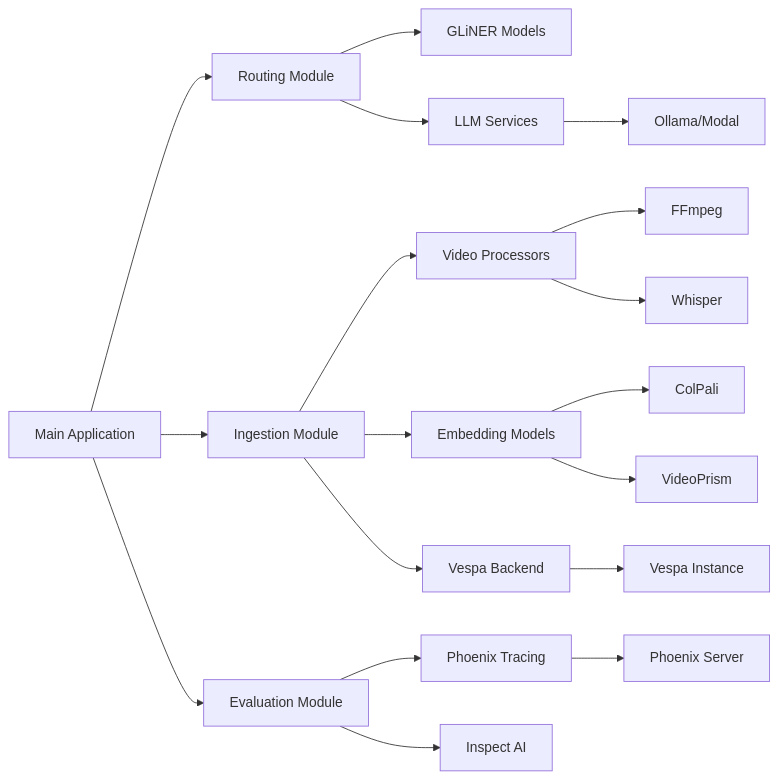
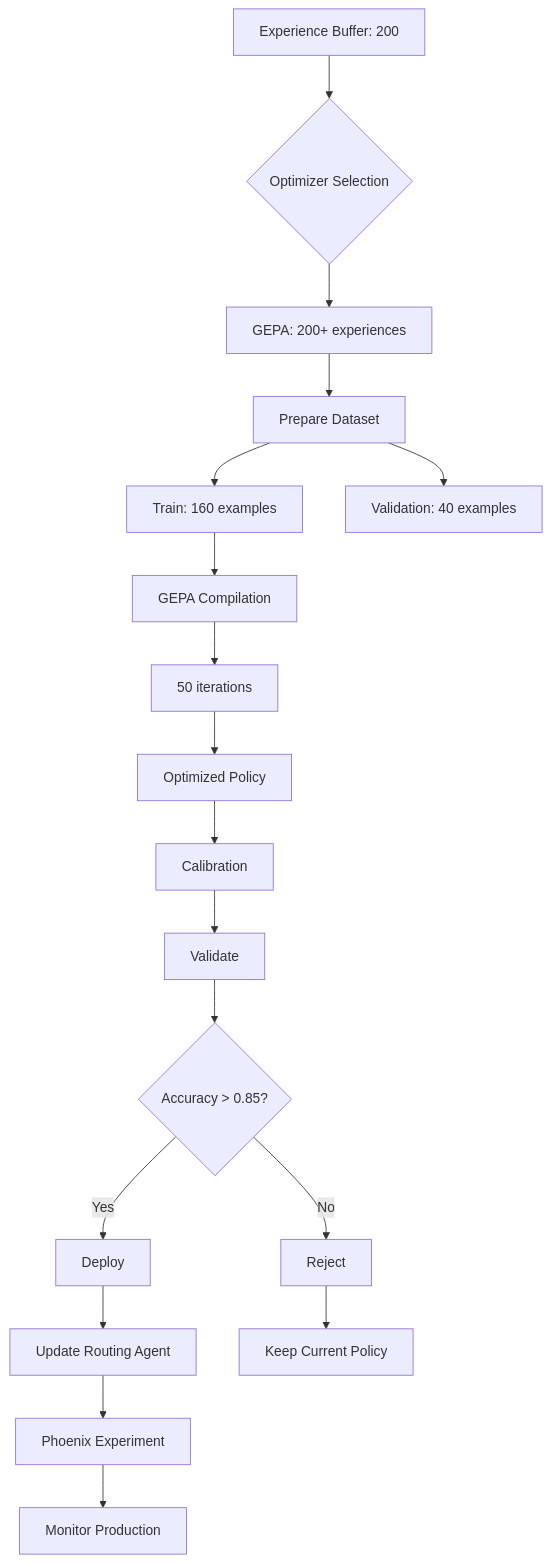
The third of 3 diagrams in docs/system-flows.md (amit-jain/cogniverse), drawn with Mermaid before and after one commit. The commit also changed other lines of this file and 16 other files, not shown here.

First line of the commit message:
Comprehensive documentation revamp for multi-agent architecture

````diff
--- a/docs/system-flows.md
+++ b/docs/system-flows.md
@@ -183,25 +533,26 @@
 ```mermaid
-graph LR
-    A[Main Application] --> B[Routing Module]
-    A --> C[Ingestion Module]
-    A --> D[Evaluation Module]
-    
-    B --> E[GLiNER Models]
-    B --> F[LLM Services]
-    
-    C --> G[Video Processors]
-    C --> H[Embedding Models]
-    C --> I[Vespa Backend]
-    
-    D --> J[Phoenix Tracing]
-    D --> K[Inspect AI]
-    
-    G --> L[FFmpeg]
-    G --> M[Whisper]
-    H --> N[ColPali]
-    H --> O[VideoPrism]
-    
-    I --> P[Vespa Instance]
-    J --> Q[Phoenix Server]
-    F --> R[Ollama/Modal]
+graph TD
+    A[Experience Buffer: 200] --> B{Optimizer Selection}
+    B --> C[GEPA: 200+ experiences]
+
+    C --> D[Prepare Dataset]
+    D --> E[Train: 160 examples]
+    D --> F[Validation: 40 examples]
+
+    E --> G[GEPA Compilation]
+    G --> H[50 iterations]
+    H --> I[Optimized Policy]
+
+    I --> J[Calibration]
+    J --> K[Validate]
+
+    K --> L{Accuracy > 0.85?}
+    L -->|Yes| M[Deploy]
+    L -->|No| N[Reject]
+
+    M --> O[Update Routing Agent]
+    O --> P[Phoenix Experiment]
+    P --> Q[Monitor Production]
+
+    N --> R[Keep Current Policy]
 ```
````
